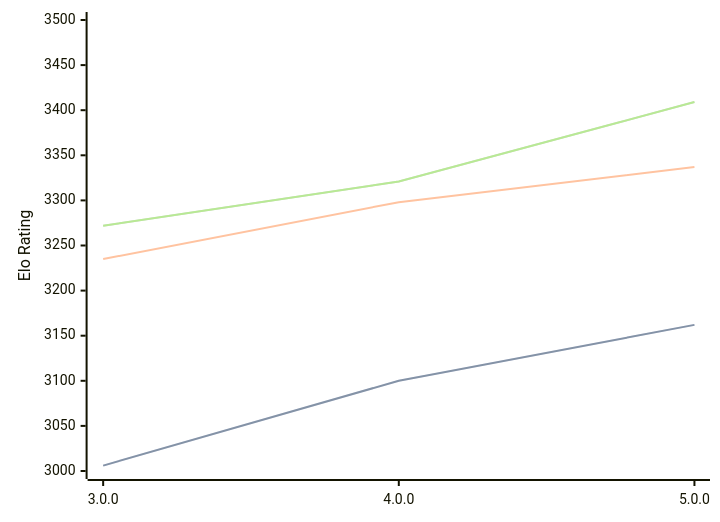
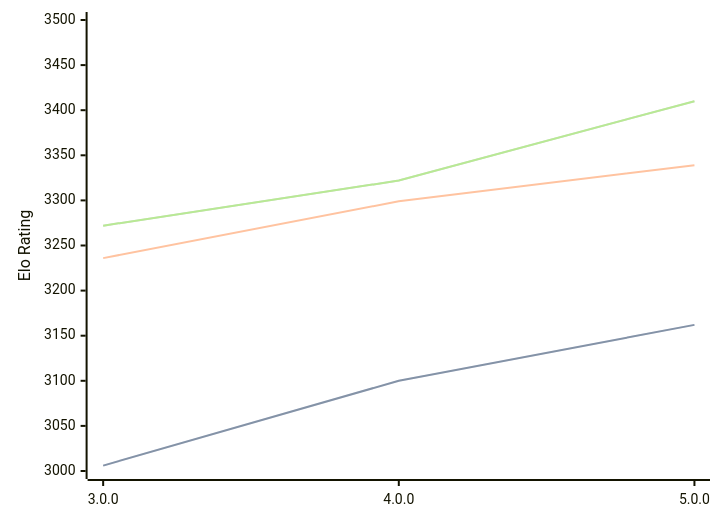
Before and after one commit to computer-chess-index/cci: the diagram in engines/Minke.md, drawn with Mermaid. The commit also changed other lines of this file, not shown here.

Commit message:
Update CCI Ratings (ELO VLTC) - 2026-04-07

````diff
--- a/engines/Minke.md
+++ b/engines/Minke.md
@@ -35,11 +35,11 @@
 ```mermaid
 %%{init: {"theme":"base","themeVariables":{"seriesColors:['#a3a3a3','#222221','#faa371']}}}%%
 xychart-beta
   x-axis ["3.0.0", "4.0.0", "5.0.0"]
   y-axis "Elo Rating" 3000 --> 3500
   line "STC (8.0+0.08s)" [3006, 3100, 3162]
   line "STC (8.0+0.08s)" [3006, 3100, 3162]
-  line "LTC (60.0+0.60s)" [3235, 3298, 3337]
-  line "VLTC (2m24s+1.12s)" [3272, 3321, 3409]
-  line "VLTC (2m24s+1.12s)" [3272, 3321, 3409]
+  line "LTC (60.0+0.60s)" [3236, 3299, 3339]
+  line "VLTC (2m24s+1.12s)" [3272, 3322, 3410]
+  line "VLTC (2m24s+1.12s)" [3272, 3322, 3410]
 ```
````
